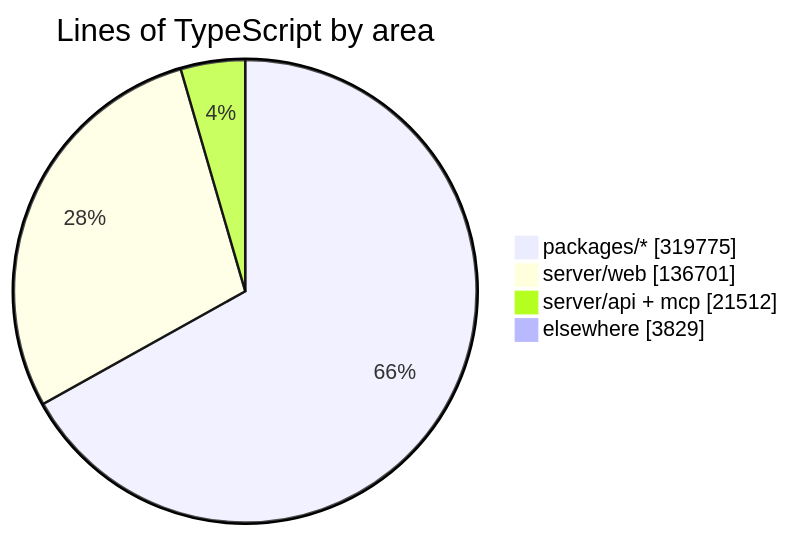
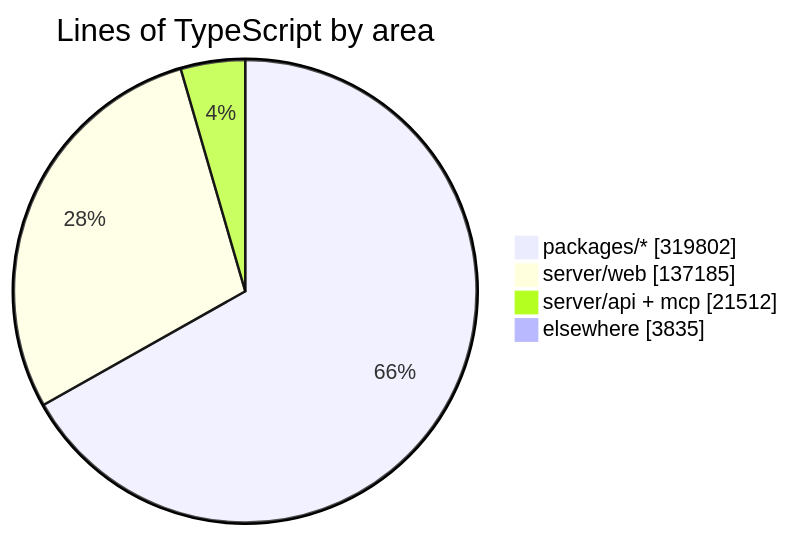
One commit to crossworks-engineering/mantle changed the diagram in README.md. Above: the diagram before and after it, drawn with Mermaid. The commit also changed other lines of this file and 2 other files, not shown here.

````diff
--- a/README.md
+++ b/README.md
@@ -294,7 +294,7 @@
 ```mermaid
 pie showData title Lines of TypeScript by area
-    "packages/*" : 319775
-    "server/web" : 136701
+    "packages/*" : 319802
+    "server/web" : 137185
     "server/api + mcp" : 21512
-    "elsewhere" : 3829
+    "elsewhere" : 3835
 ```
````
